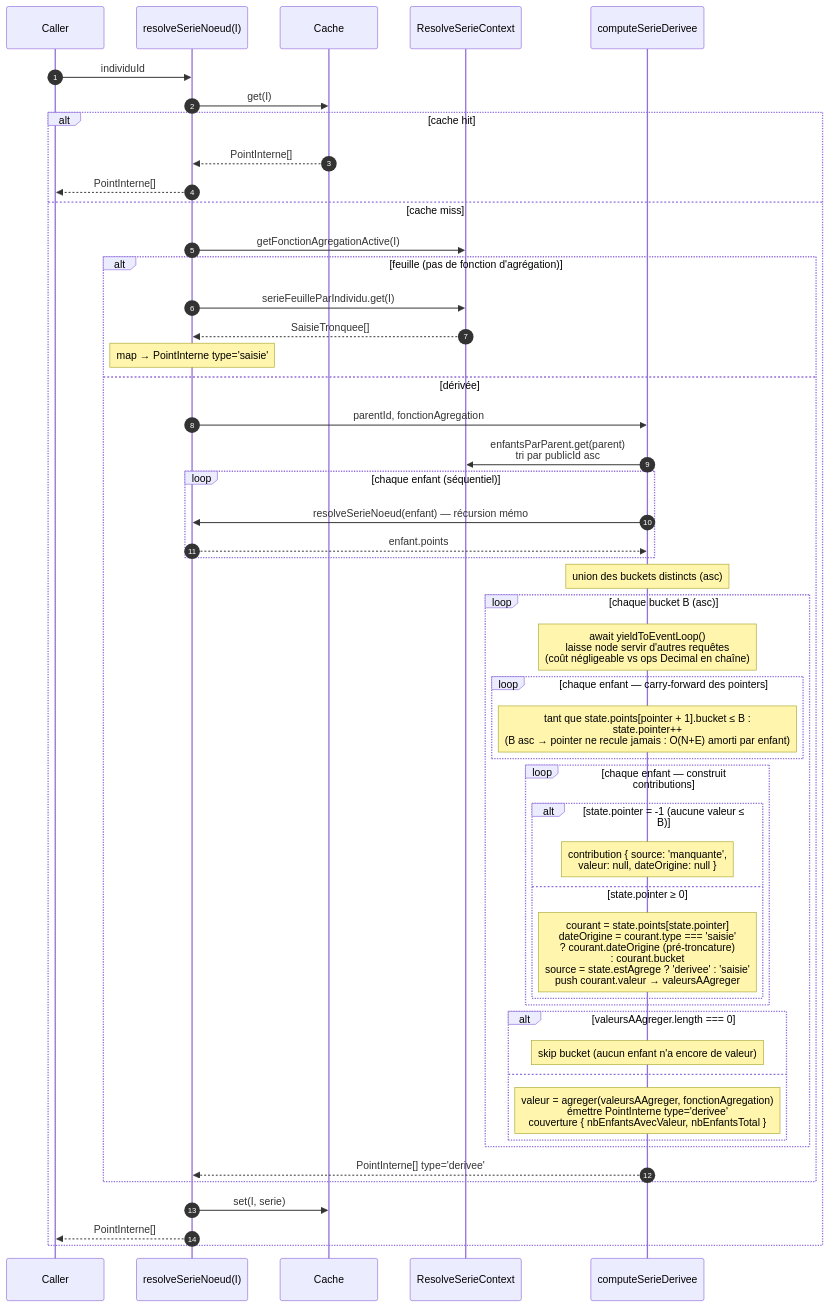
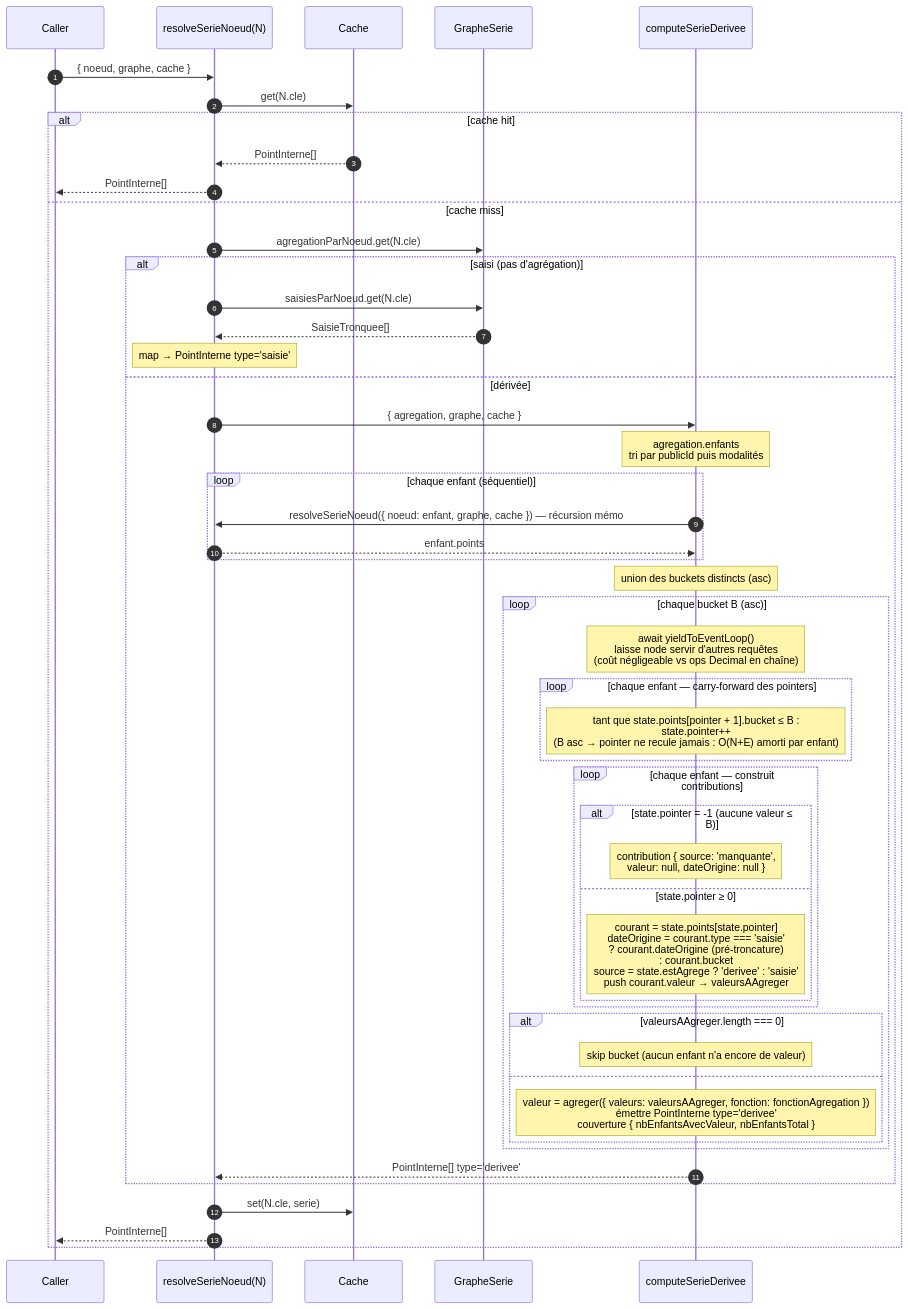
One commit to DITP-pilotage/pilote-2 changed the second of 3 diagrams in apps/kpilote-api/docs/architecture/taux-progression.md. Above: the diagram before and after it, drawn with Mermaid. The commit also changed other lines of this file and 21 other files, not shown here.

````diff
--- a/apps/kpilote-api/docs/architecture/taux-progression.md
+++ b/apps/kpilote-api/docs/architecture/taux-progression.md
@@ -318,52 +322,52 @@
 ```mermaid
 sequenceDiagram
     autonumber
     participant Caller
-    participant R as resolveSerieNoeud(I)
+    participant R as resolveSerieNoeud(N)
     participant Cache
-    participant Ctx as ResolveSerieContext
+    participant G as GrapheSerie
     participant CSD as computeSerieDerivee
 
-    Caller->>R: individuId
-    R->>Cache: get(I)
+    Caller->>R: { noeud, graphe, cache }
+    R->>Cache: get(N.cle)
     alt cache hit
         Cache-->>R: PointInterne[]
         R-->>Caller: PointInterne[]
     else cache miss
-        R->>Ctx: getFonctionAgregationActive(I)
-        alt feuille (pas de fonction d'agrégation)
-            R->>Ctx: serieFeuilleParIndividu.get(I)
-            Ctx-->>R: SaisieTronquee[]
+        R->>G: agregationParNoeud.get(N.cle)
+        alt saisi (pas d'agrégation)
+            R->>G: saisiesParNoeud.get(N.cle)
+            G-->>R: SaisieTronquee[]
             Note over R: map → PointInterne type='saisie'
         else dérivée
-            R->>CSD: parentId, fonctionAgregation
-            CSD->>Ctx: enfantsParParent.get(parent)<br/>tri par publicId asc
+            R->>CSD: { agregation, graphe, cache }
+            Note over CSD: agregation.enfants<br/>tri par publicId puis modalités
             loop chaque enfant (séquentiel)
-                CSD->>R: resolveSerieNoeud(enfant) — récursion mémo
+                CSD->>R: resolveSerieNoeud({ noeud: enfant, graphe, cache }) — récursion mémo
                 R-->>CSD: enfant.points
             end
             Note over CSD: union des buckets distincts (asc)
             loop chaque bucket B (asc)
                 Note over CSD: await yieldToEventLoop()<br/>laisse node servir d'autres requêtes<br/>(coût négligeable vs ops Decimal en chaîne)
                 loop chaque enfant — carry-forward des pointers
                     Note over CSD: tant que state.points[pointer + 1].bucket ≤ B :<br/>  state.pointer++<br/>(B asc → pointer ne recule jamais : O(N+E) amorti par enfant)
                 end
                 loop chaque enfant — construit contributions
                     alt state.pointer = -1 (aucune valeur ≤ B)
                         Note over CSD: contribution { source: 'manquante',<br/>valeur: null, dateOrigine: null }
                     else state.pointer ≥ 0
                         Note over CSD: courant = state.points[state.pointer]<br/>dateOrigine = courant.type === 'saisie'<br/>  ? courant.dateOrigine (pré-troncature)<br/>  : courant.bucket<br/>source = state.estAgrege ? 'derivee' : 'saisie'<br/>push courant.valeur → valeursAAgreger
                     end
                 end
                 alt valeursAAgreger.length === 0
                     Note over CSD: skip bucket (aucun enfant n'a encore de valeur)
                 else
-                    Note over CSD: valeur = agreger(valeursAAgreger, fonctionAgregation)<br/>émettre PointInterne type='derivee'<br/>couverture { nbEnfantsAvecValeur, nbEnfantsTotal }
+                    Note over CSD: valeur = agreger({ valeurs: valeursAAgreger, fonction: fonctionAgregation })<br/>émettre PointInterne type='derivee'<br/>couverture { nbEnfantsAvecValeur, nbEnfantsTotal }
                 end
             end
             CSD-->>R: PointInterne[] type='derivee'
         end
-        R->>Cache: set(I, serie)
+        R->>Cache: set(N.cle, serie)
         R-->>Caller: PointInterne[]
     end
 ```
````
